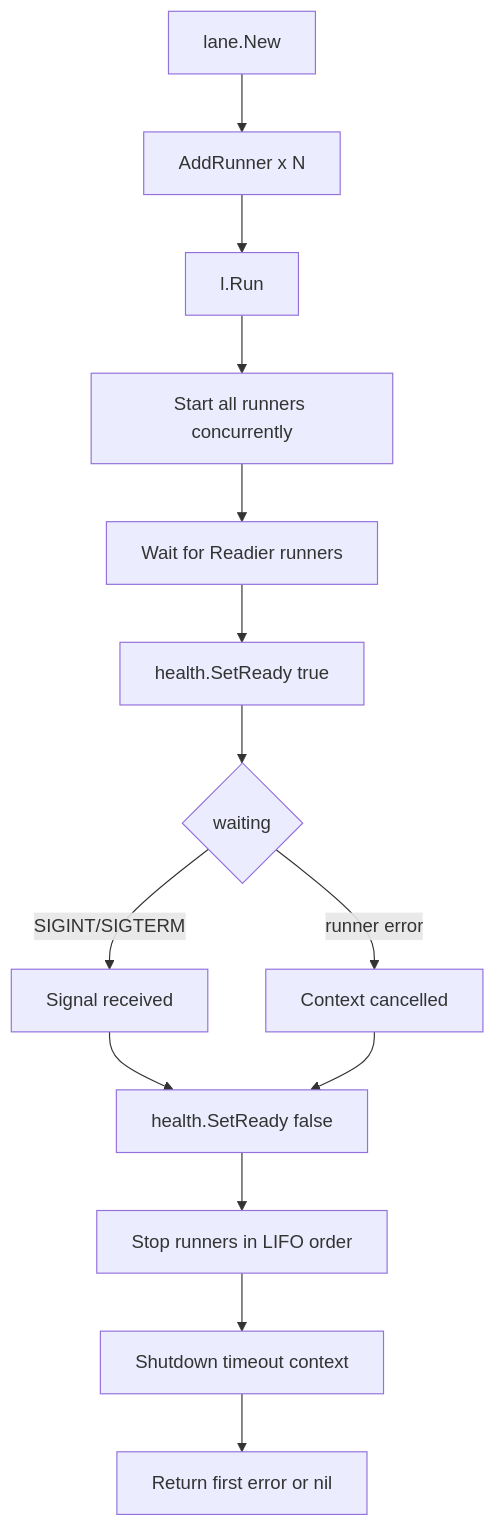
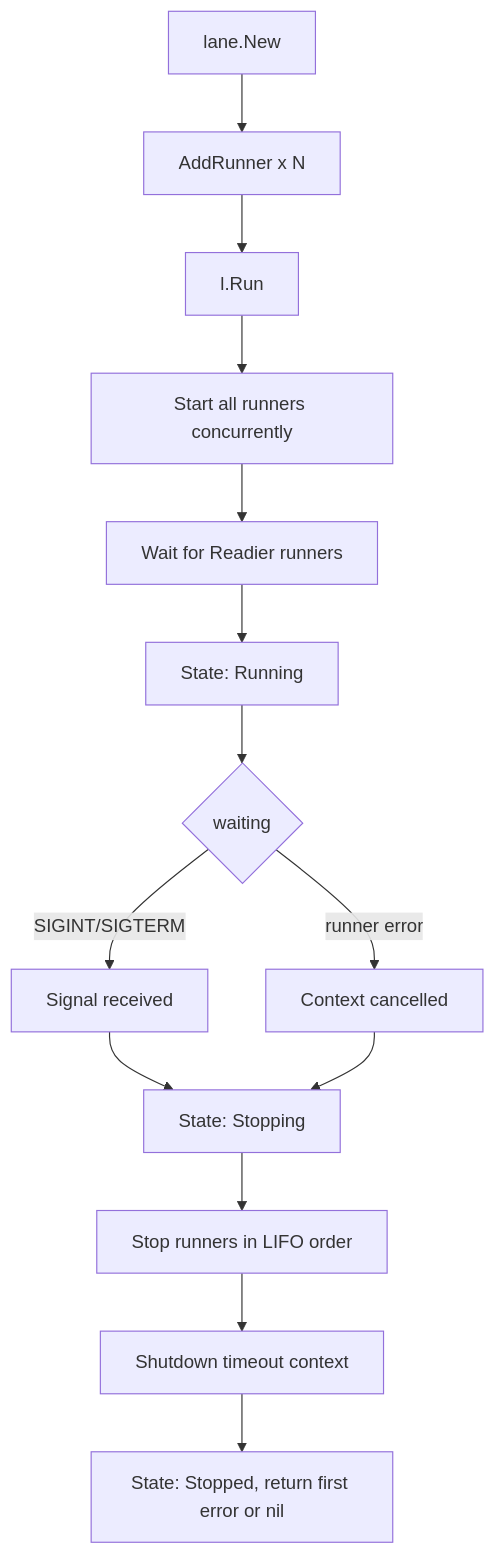
The diagram in README.md (rluders/lane), drawn with Mermaid before and after one commit. The commit also changed other lines of this file and 7 other files, not shown here.

````diff
--- a/README.md
+++ b/README.md
@@ -95,16 +95,16 @@
 ```mermaid
 flowchart TD
     A[lane.New] --> B[AddRunner x N]
     B --> C[l.Run]
     C --> D[Start all runners concurrently]
     D --> E[Wait for Readier runners]
-    E --> E2[health.SetReady true]
+    E --> E2[State: Running]
     E2 --> F{waiting}
     F -- SIGINT/SIGTERM --> G[Signal received]
     F -- runner error --> H[Context cancelled]
-    G --> I[health.SetReady false]
+    G --> I[State: Stopping]
     H --> I
     I --> J[Stop runners in LIFO order]
     J --> K[Shutdown timeout context]
-    K --> L[Return first error or nil]
+    K --> L[State: Stopped, return first error or nil]
 ```
````
